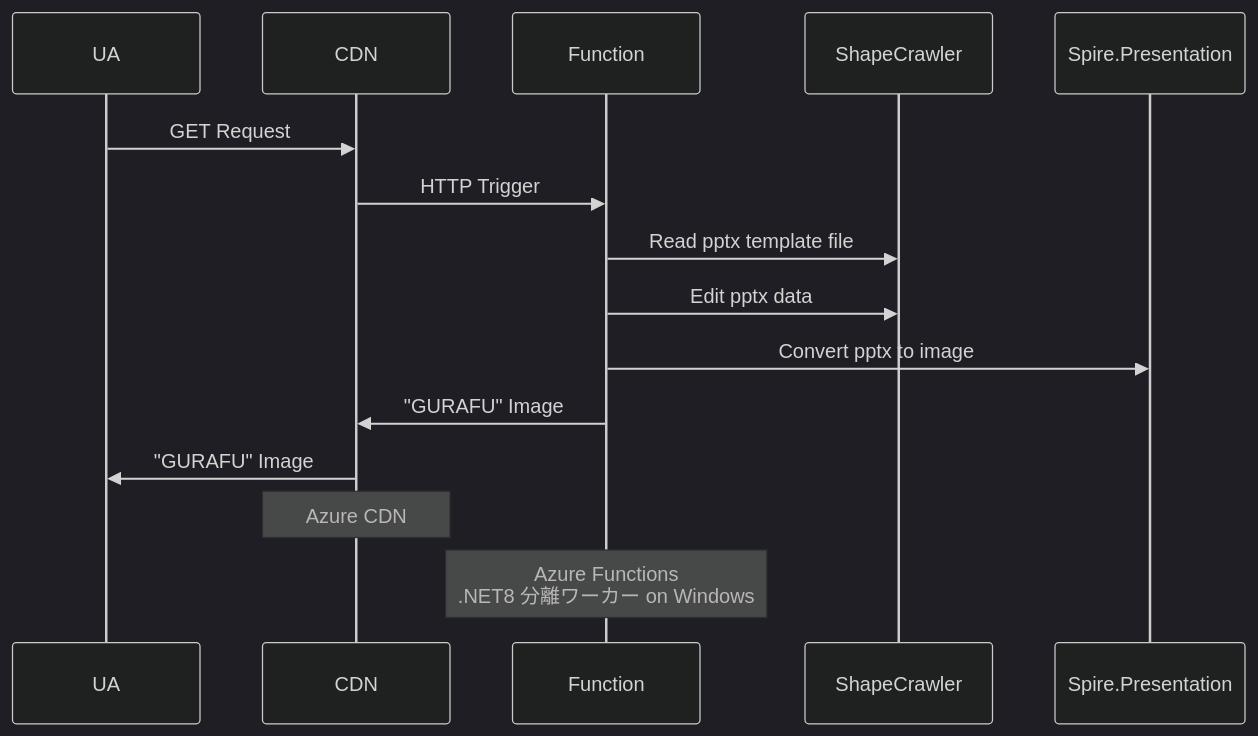
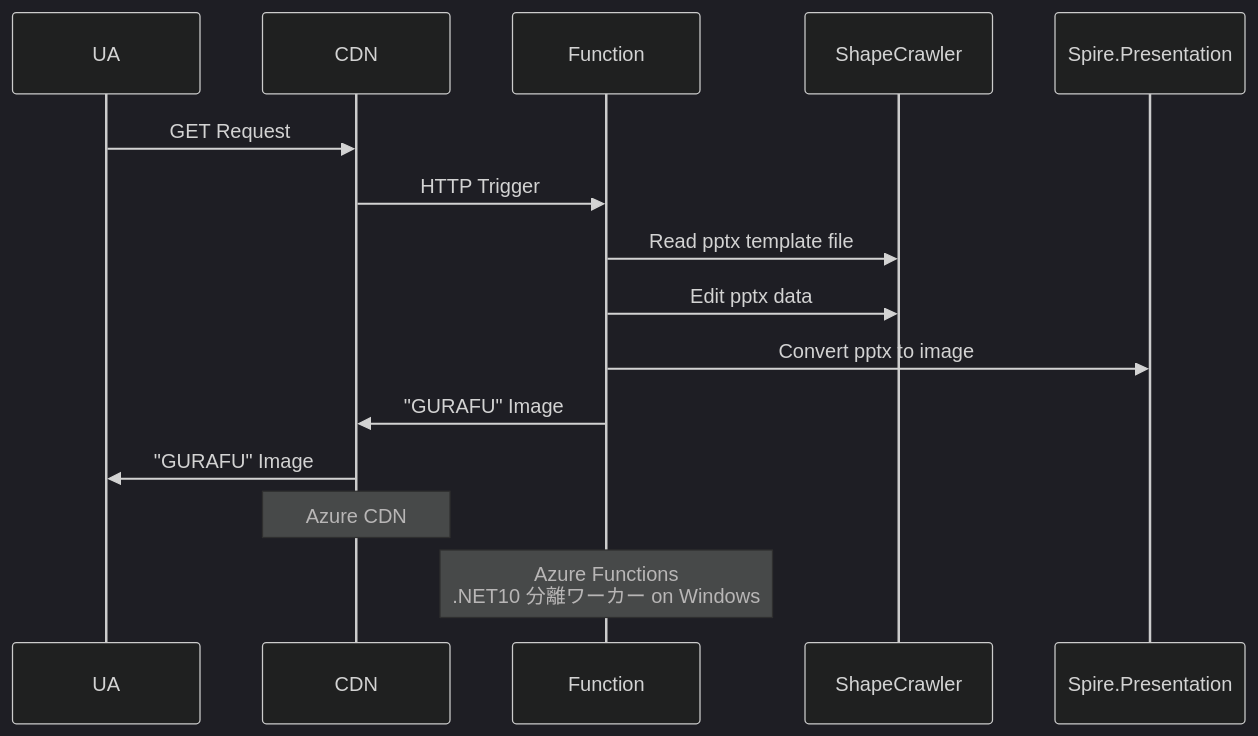
One commit to 7474/NantoNBai changed the diagram in README.md. Above: the diagram before and after it, drawn with Mermaid (dark theme). The commit also changed other lines of this file and 6 other files, not shown here.

````diff
--- a/README.md
+++ b/README.md
@@ -39,12 +39,12 @@
 ```mermaid
 sequenceDiagram
     UA->>CDN: GET Request
     CDN->>Function: HTTP Trigger
     Function->>ShapeCrawler: Read pptx template file
     Function->>ShapeCrawler: Edit pptx data
     Function->>Spire.Presentation: Convert pptx to image
     Function->>CDN: "GURAFU" Image
     CDN->>UA: "GURAFU" Image
     Note over CDN: Azure CDN
-    Note over Function: Azure Functions<br/>.NET8 分離ワーカー on Windows
+    Note over Function: Azure Functions<br/>.NET10 分離ワーカー on Windows
 ```
````
